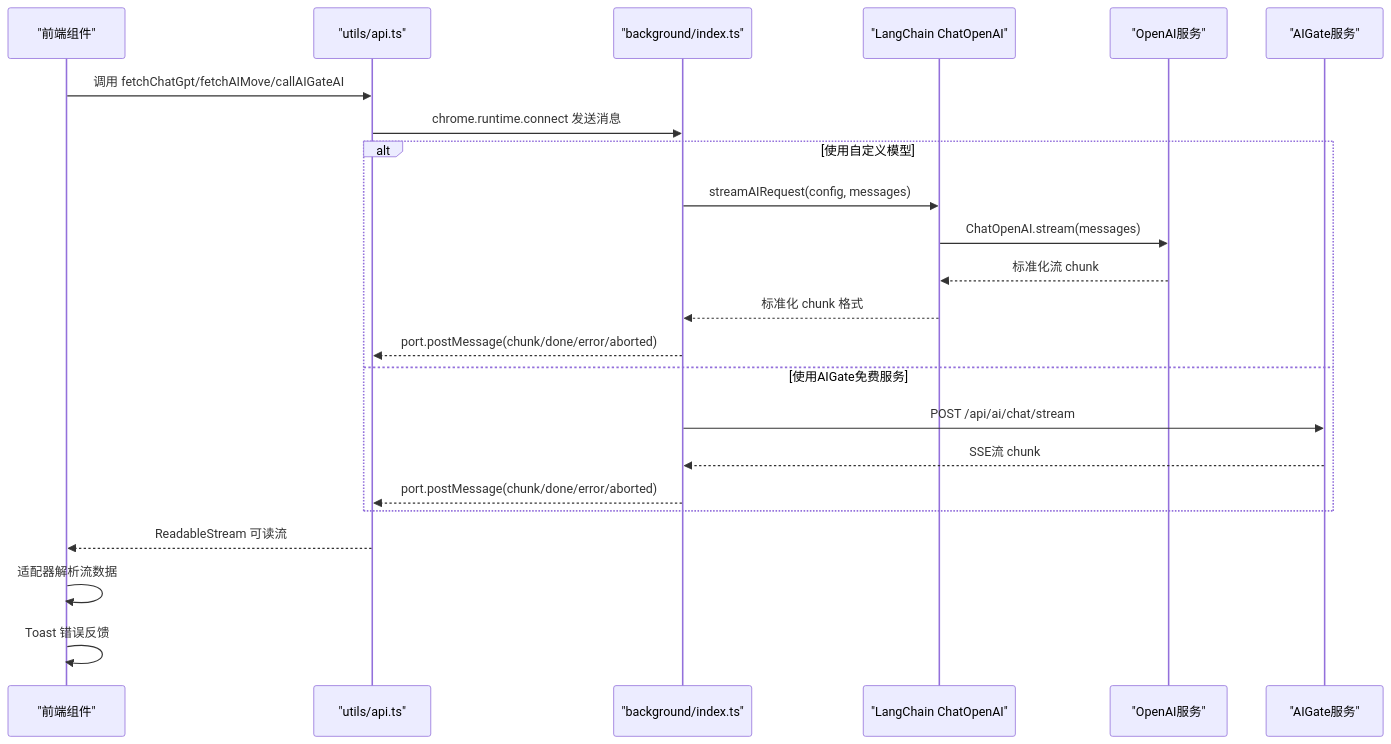
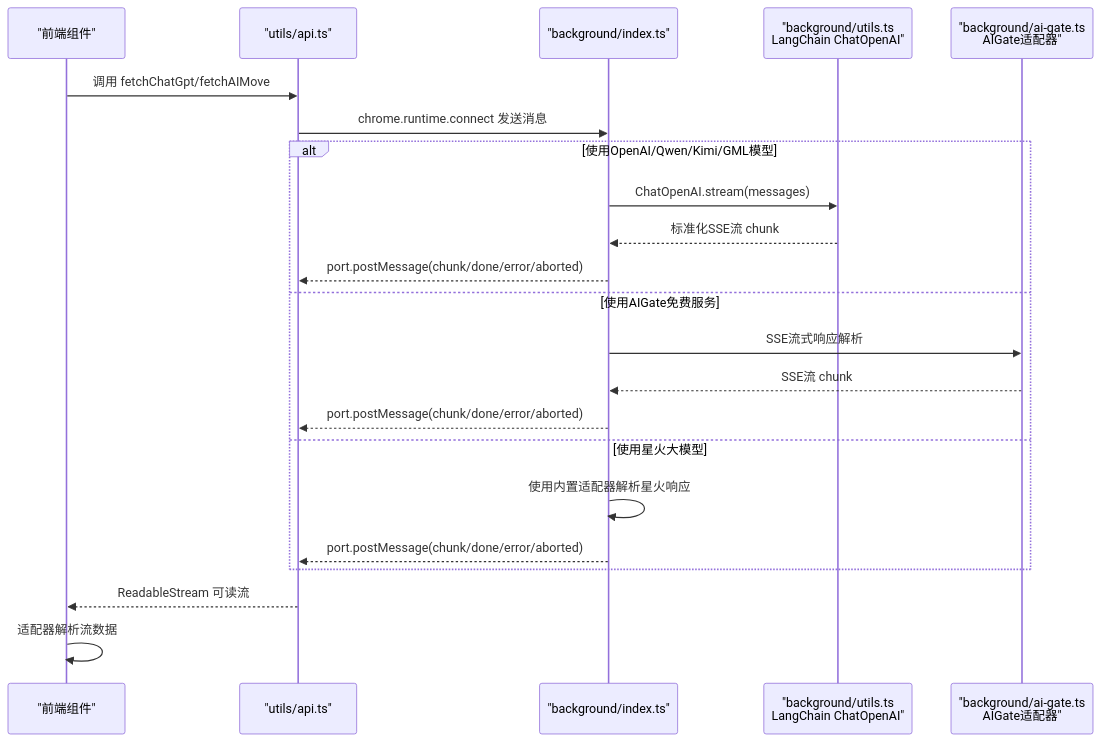
Before and after one commit to RadiumAg/bilibili-favorites: the second of 6 diagrams in .qoder/repowiki/zh/content/API参考文档/AI服务API.md, drawn with Mermaid. The commit also changed other lines of this file and 27 other files, not shown here.

````diff
--- a/.qoder/repowiki/zh/content/API参考文档/AI服务API.md
+++ b/.qoder/repowiki/zh/content/API参考文档/AI服务API.md
@@ -167,25 +176,24 @@
 ```mermaid
 sequenceDiagram
 participant UI as "前端组件"
 participant API as "utils/api.ts"
 participant BG as "background/index.ts"
-participant LC as "LangChain ChatOpenAI"
-participant OA as "OpenAI服务"
-participant AG as "AIGate服务"
-UI->>API : 调用 fetchChatGpt/fetchAIMove/callAIGateAI
+participant LC as "background/utils.ts<br/>LangChain ChatOpenAI"
+participant AG as "background/ai-gate.ts<br/>AIGate适配器"
+UI->>API : 调用 fetchChatGpt/fetchAIMove
 API->>BG : chrome.runtime.connect 发送消息
-alt 使用自定义模型
-BG->>LC : streamAIRequest(config, messages)
-LC->>OA : ChatOpenAI.stream(messages)
-OA-->>LC : 标准化流 chunk
-LC-->>BG : 标准化 chunk 格式
+alt 使用OpenAI/Qwen/Kimi/GML模型
+BG->>LC : ChatOpenAI.stream(messages)
+LC-->>BG : 标准化SSE流 chunk
 BG-->>API : port.postMessage(chunk/done/error/aborted)
 else 使用AIGate免费服务
-BG->>AG : POST /api/ai/chat/stream
+BG->>AG : SSE流式响应解析
 AG-->>BG : SSE流 chunk
+BG-->>API : port.postMessage(chunk/done/error/aborted)
+else 使用星火大模型
+BG->>BG : 使用内置适配器解析星火响应
 BG-->>API : port.postMessage(chunk/done/error/aborted)
 end
 API-->>UI : ReadableStream 可读流
 UI->>UI : 适配器解析流数据
-UI->>UI : Toast 错误反馈
 ```
````
